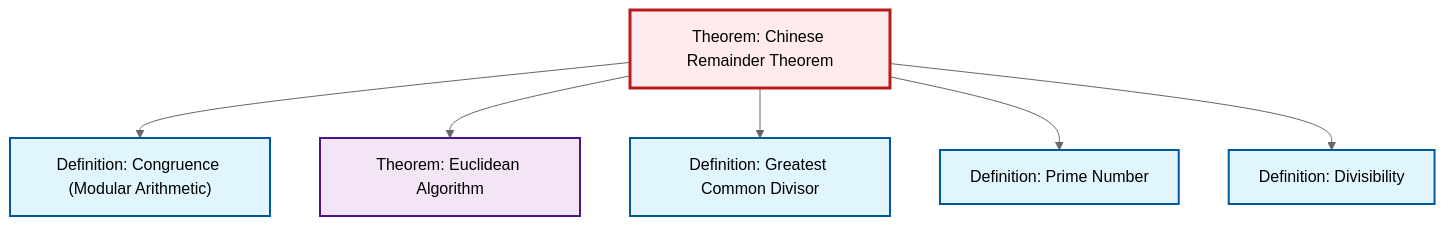
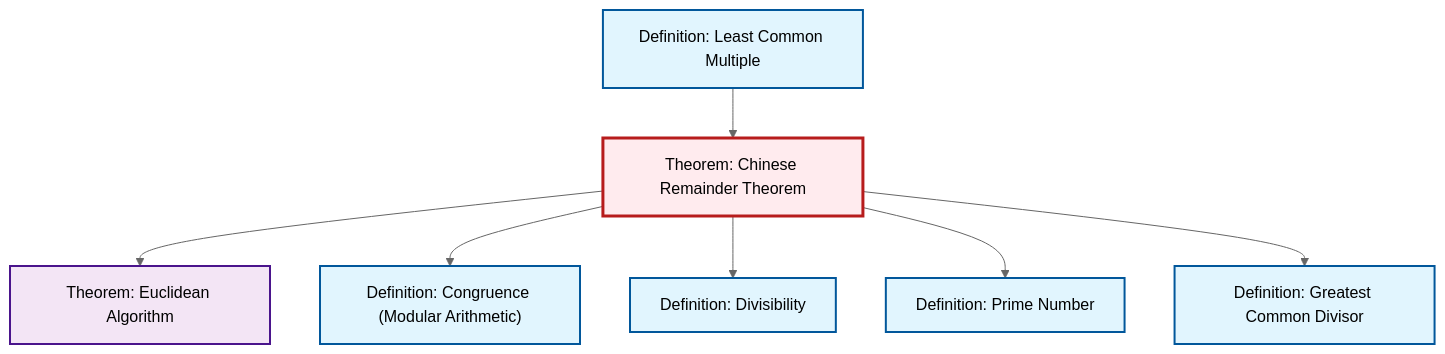
One commit to RK0429/ModernMath changed the diagram in content/ja/number-theory/thm-chinese-remainder.qmd. Above: the diagram before and after it, drawn with Mermaid (neutral theme). The commit also changed 634 other files, not shown here.

First line of the commit message:
feat: Add prime ideal definition with comprehensive cross-references

````diff
--- a/content/ja/number-theory/thm-chinese-remainder.qmd
+++ b/content/ja/number-theory/thm-chinese-remainder.qmd
@@ -89,26 +89,29 @@
 ```{mermaid}
 %%| fig-cap: "Local dependency graph"
 graph TD
     classDef definition fill:#e1f5fe,stroke:#01579b,stroke-width:2px
     classDef theorem fill:#f3e5f5,stroke:#4a148c,stroke-width:2px
     classDef axiom fill:#fff3e0,stroke:#e65100,stroke-width:2px
     classDef example fill:#e8f5e9,stroke:#1b5e20,stroke-width:2px
     classDef current fill:#ffebee,stroke:#b71c1c,stroke-width:3px
+    def-gcd["Definition: Greatest Common Divisor"]:::definition
+    def-lcm["Definition: Least Common Multiple"]:::definition
     def-congruence["Definition: Congruence (Modular Arithmetic)"]:::definition
-    def-gcd["Definition: Greatest Common Divisor"]:::definition
     def-divisibility["Definition: Divisibility"]:::definition
+    thm-chinese-remainder["Theorem: Chinese Remainder Theorem"]:::theorem
     def-prime["Definition: Prime Number"]:::definition
     thm-euclidean-algorithm["Theorem: Euclidean Algorithm"]:::theorem
-    thm-chinese-remainder["Theorem: Chinese Remainder Theorem"]:::theorem
+    thm-chinese-remainder --> thm-euclidean-algorithm
     thm-chinese-remainder --> def-congruence
-    thm-chinese-remainder --> thm-euclidean-algorithm
+    thm-chinese-remainder --> def-divisibility
+    thm-chinese-remainder --> def-prime
+    def-lcm --> thm-chinese-remainder
     thm-chinese-remainder --> def-gcd
-    thm-chinese-remainder --> def-prime
-    thm-chinese-remainder --> def-divisibility
     class thm-chinese-remainder current
+    click def-gcd "def-gcd.html" "Definition: Greatest Common Divisorへ"
+    click def-lcm "def-lcm.html" "Definition: Least Common Multipleへ"
     click def-congruence "def-congruence.html" "Definition: Congruence (Modular Arithmetic)へ"
-    click def-gcd "def-gcd.html" "Definition: Greatest Common Divisorへ"
     click def-divisibility "def-divisibility.html" "Definition: Divisibilityへ"
     click def-prime "def-prime.html" "Definition: Prime Numberへ"
     click thm-euclidean-algorithm "thm-euclidean-algorithm.html" "Theorem: Euclidean Algorithmへ"
 ```
````
